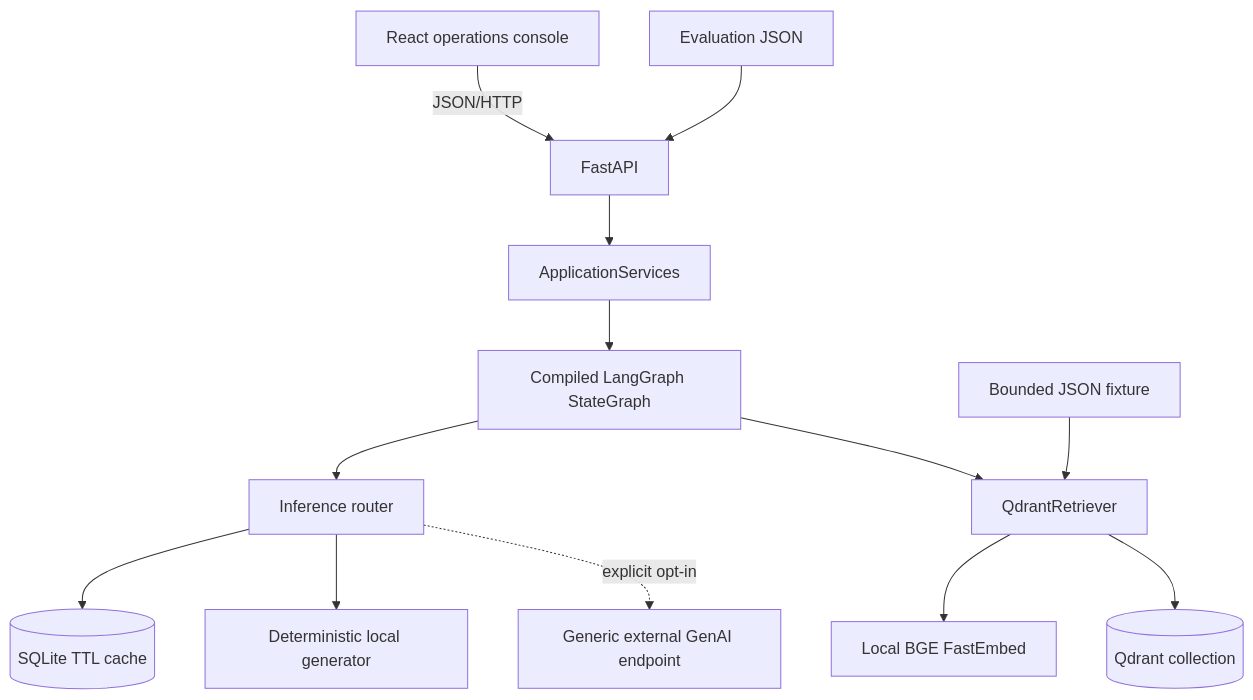
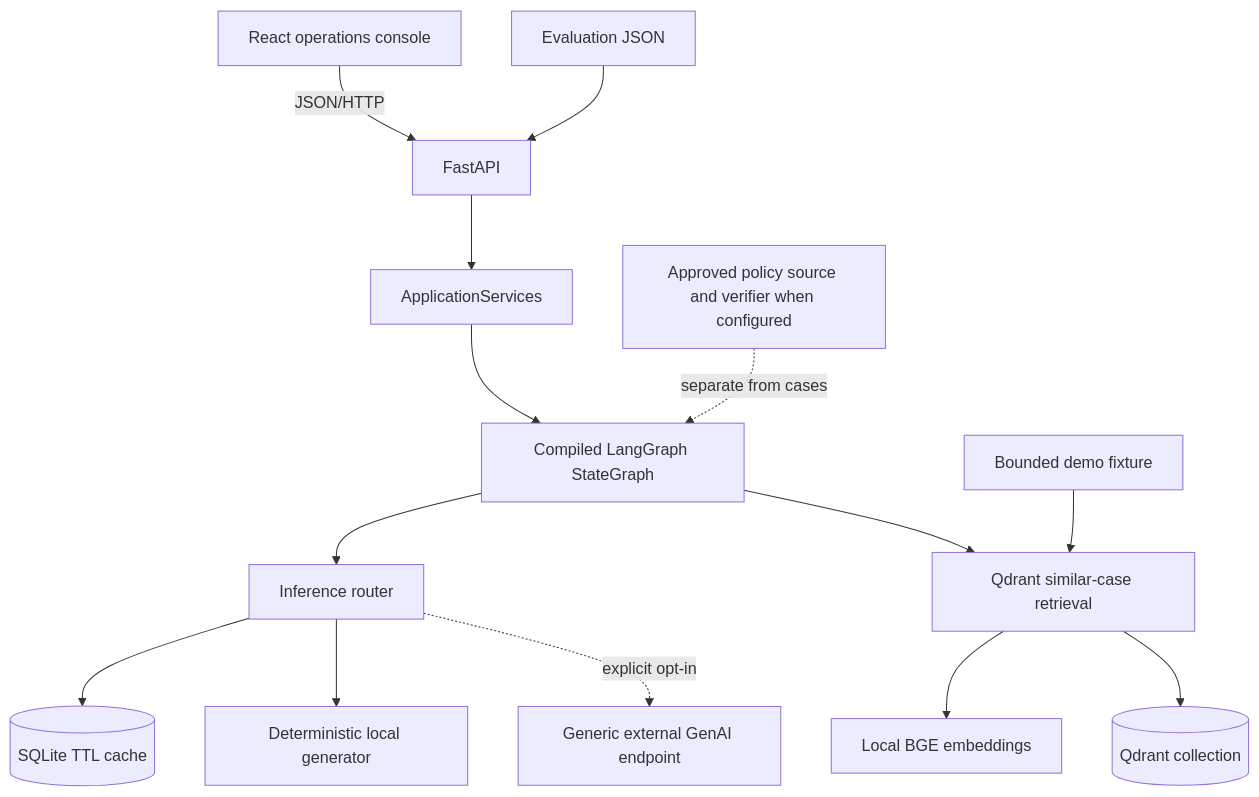
One commit to Praciller/customer-support-rag-triage-agent changed the diagram in docs/architecture.md. Above: the diagram before and after it, drawn with Mermaid. The commit also changed other lines of this file and 89 other files, not shown here.

Commit message:
feat: separate policy authority from similar cases

````diff
--- a/docs/architecture.md
+++ b/docs/architecture.md
@@ -5,15 +5,16 @@
 ```mermaid
 flowchart TB
   Browser[React operations console] -->|JSON/HTTP| API[FastAPI]
   API --> Services[ApplicationServices]
   Services --> Graph[Compiled LangGraph StateGraph]
   Graph --> Router[Inference router]
   Router --> Cache[(SQLite TTL cache)]
   Router --> Local[Deterministic local generator]
   Router -. explicit opt-in .-> External[Generic external GenAI endpoint]
-  Graph --> Retriever[QdrantRetriever]
-  Retriever --> Embedder[Local BGE FastEmbed]
+  Graph --> Retriever[Qdrant similar-case retrieval]
+  Retriever --> Embedder[Local BGE embeddings]
   Retriever --> Qdrant[(Qdrant collection)]
-  Bootstrap[Bounded JSON fixture] --> Retriever
+  Bootstrap[Bounded demo fixture] --> Retriever
+  Policy[Approved policy source and verifier when configured] -. separate from cases .-> Graph
   Reports[Evaluation JSON] --> API
 ```
````
